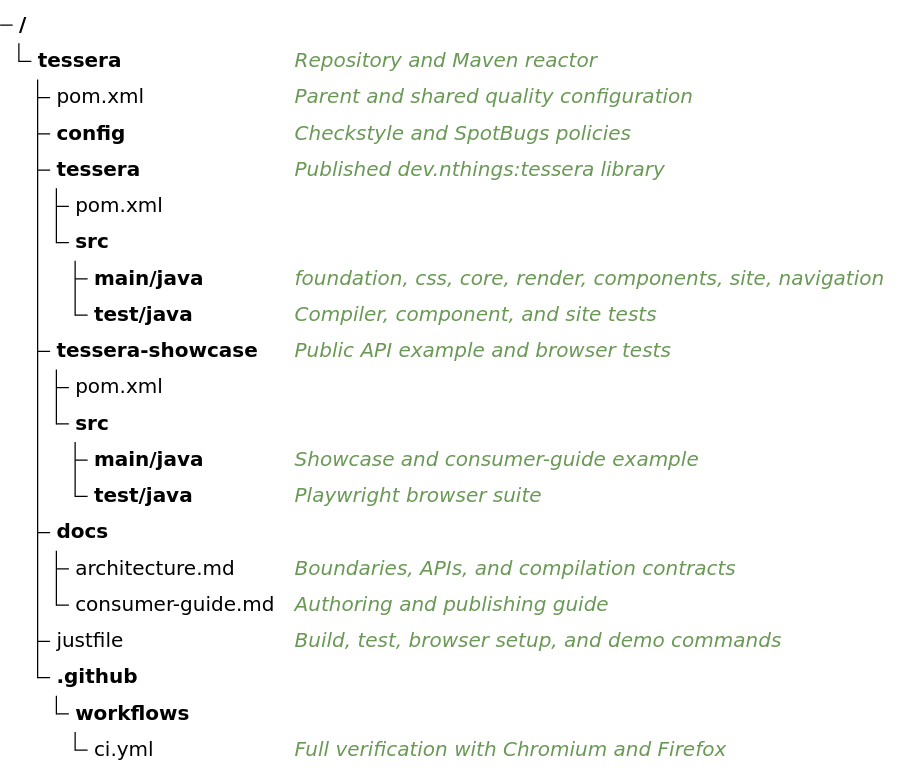
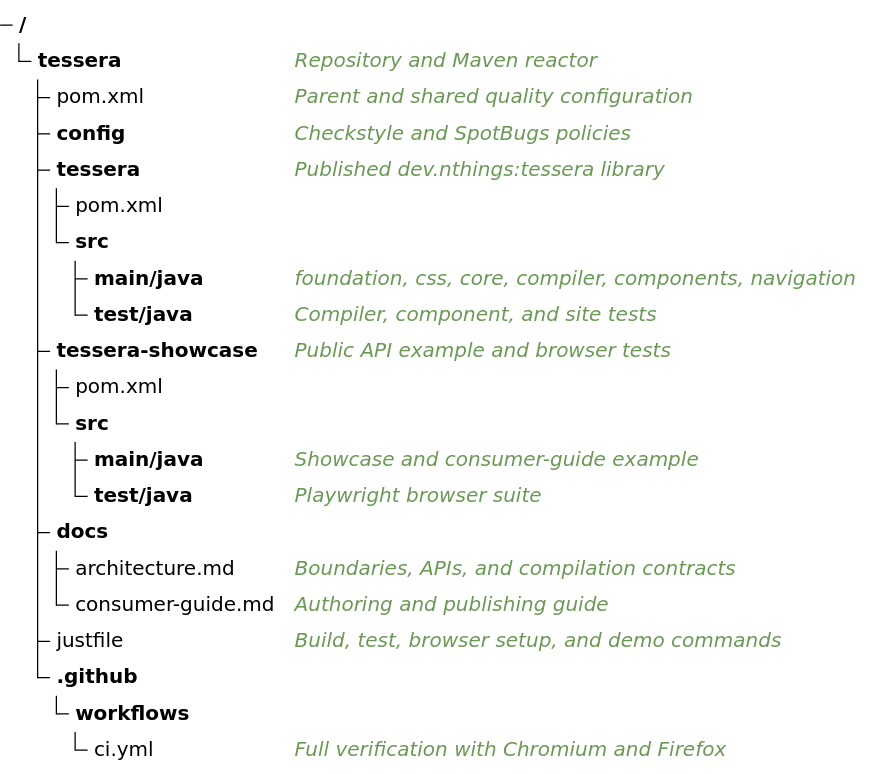
One commit to thiagogcm/tessera changed the second of 2 diagrams in README.md. Above: the diagram before and after it, drawn with Mermaid. The commit also changed other lines of this file and 124 other files, not shown here.

First line of the commit message:
refactor!: merge render and site into one compiler package

````diff
--- a/README.md
+++ b/README.md
@@ -209,23 +209,23 @@
 ```mermaid
 treeView-beta
     tessera/ ## Repository and Maven reactor
         pom.xml ## Parent and shared quality configuration
         config/ ## Checkstyle and SpotBugs policies
         tessera/ ## Published dev.nthings:tessera library
             pom.xml
             src/
-                main/java/ ## foundation, css, core, render, components, site, navigation
+                main/java/ ## foundation, css, core, compiler, components, navigation
                 test/java/ ## Compiler, component, and site tests
         tessera-showcase/ ## Public API example and browser tests
             pom.xml
             src/
                 main/java/ ## Showcase and consumer-guide example
                 test/java/ ## Playwright browser suite
         docs/
             architecture.md ## Boundaries, APIs, and compilation contracts
             consumer-guide.md ## Authoring and publishing guide
         justfile ## Build, test, browser setup, and demo commands
         .github/
             workflows/
                 ci.yml ## Full verification with Chromium and Firefox
 ```
````
